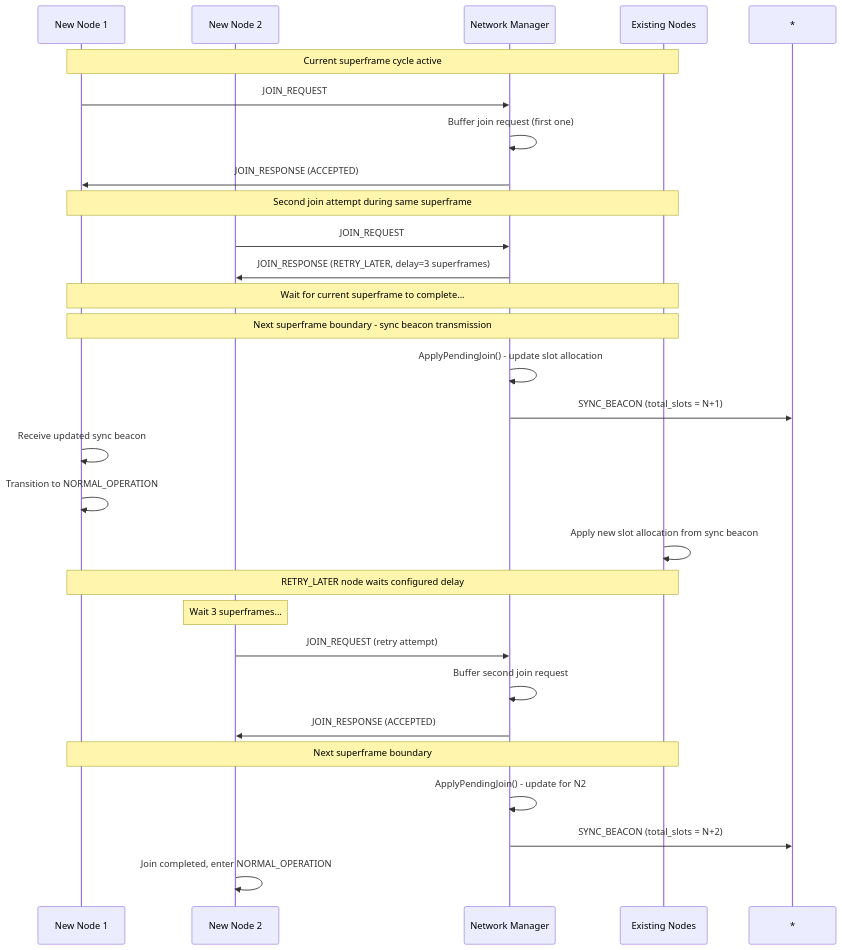
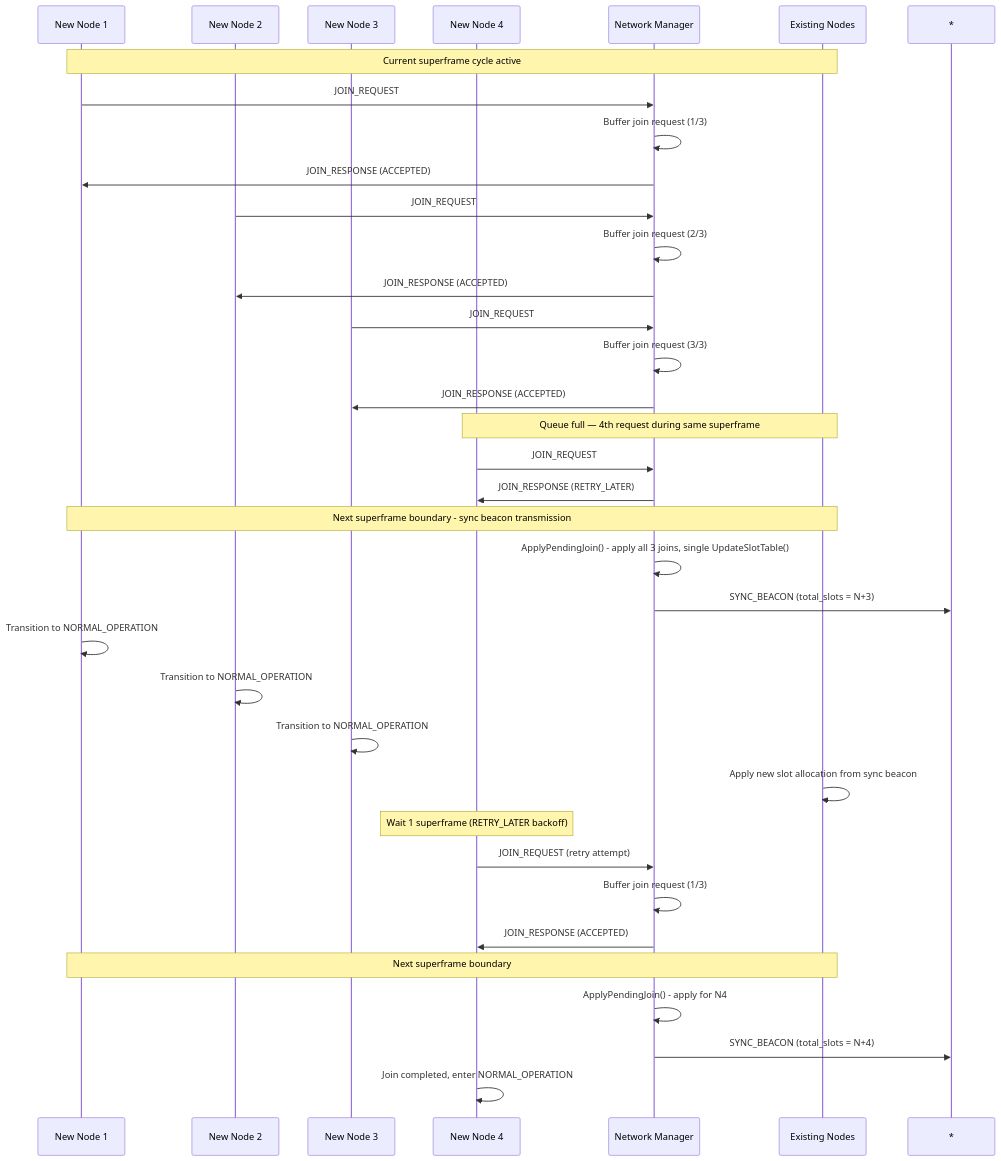
One commit to manmuqingshan/LoRaMesher changed diagram 17 of 18 in PROTOCOL_SPEC.md. Above: the diagram before and after it, drawn with Mermaid. The commit also changed other lines of this file and 3 other files, not shown here.

First line of the commit message:
fix: batch up to 3 joins per superframe and re-queue undelivered forwarded messages

````diff
--- a/PROTOCOL_SPEC.md
+++ b/PROTOCOL_SPEC.md
@@ -2127,38 +2127,46 @@
 ```mermaid
 sequenceDiagram
     participant N1 as New Node 1
     participant N2 as New Node 2
+    participant N3 as New Node 3
+    participant N4 as New Node 4
     participant M as Network Manager
     participant E as Existing Nodes
     
     Note over N1,E: Current superframe cycle active
     
     N1->>M: JOIN_REQUEST
-    M->>M: Buffer join request (first one)
+    M->>M: Buffer join request (1/3)
     M->>N1: JOIN_RESPONSE (ACCEPTED)
     
-    Note over N1,E: Second join attempt during same superframe
-    N2->>M: JOIN_REQUEST  
-    M->>N2: JOIN_RESPONSE (RETRY_LATER, delay=3 superframes)
+    N2->>M: JOIN_REQUEST
+    M->>M: Buffer join request (2/3)
+    M->>N2: JOIN_RESPONSE (ACCEPTED)
     
-    Note over N1,E: Wait for current superframe to complete...
+    N3->>M: JOIN_REQUEST
+    M->>M: Buffer join request (3/3)
+    M->>N3: JOIN_RESPONSE (ACCEPTED)
+    
+    Note over N4,E: Queue full — 4th request during same superframe
+    N4->>M: JOIN_REQUEST
+    M->>N4: JOIN_RESPONSE (RETRY_LATER)
     
     Note over N1,E: Next superframe boundary - sync beacon transmission
-    M->>M: ApplyPendingJoin() - update slot allocation
-    M->>*: SYNC_BEACON (total_slots = N+1)
+    M->>M: ApplyPendingJoin() - apply all 3 joins, single UpdateSlotTable()
+    M->>*: SYNC_BEACON (total_slots = N+3)
     
-    N1->>N1: Receive updated sync beacon
     N1->>N1: Transition to NORMAL_OPERATION
+    N2->>N2: Transition to NORMAL_OPERATION
+    N3->>N3: Transition to NORMAL_OPERATION
     E->>E: Apply new slot allocation from sync beacon
     
-    Note over N1,E: RETRY_LATER node waits configured delay
-    Note over N2: Wait 3 superframes...
-    N2->>M: JOIN_REQUEST (retry attempt)
-    M->>M: Buffer second join request
-    M->>N2: JOIN_RESPONSE (ACCEPTED)
+    Note over N4: Wait 1 superframe (RETRY_LATER backoff)
+    N4->>M: JOIN_REQUEST (retry attempt)
+    M->>M: Buffer join request (1/3)
+    M->>N4: JOIN_RESPONSE (ACCEPTED)
     
     Note over N1,E: Next superframe boundary
-    M->>M: ApplyPendingJoin() - update for N2
-    M->>*: SYNC_BEACON (total_slots = N+2)
-    N2->>N2: Join completed, enter NORMAL_OPERATION
+    M->>M: ApplyPendingJoin() - apply for N4
+    M->>*: SYNC_BEACON (total_slots = N+4)
+    N4->>N4: Join completed, enter NORMAL_OPERATION
 ```
````
